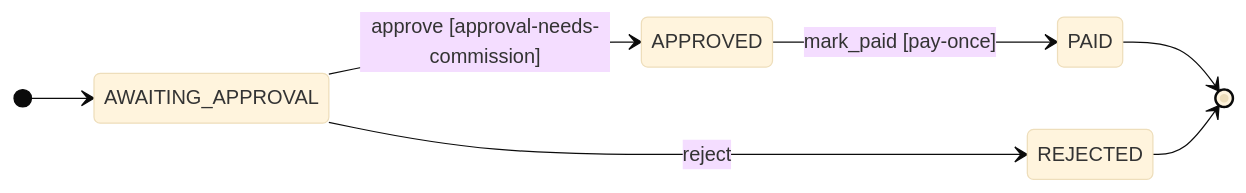
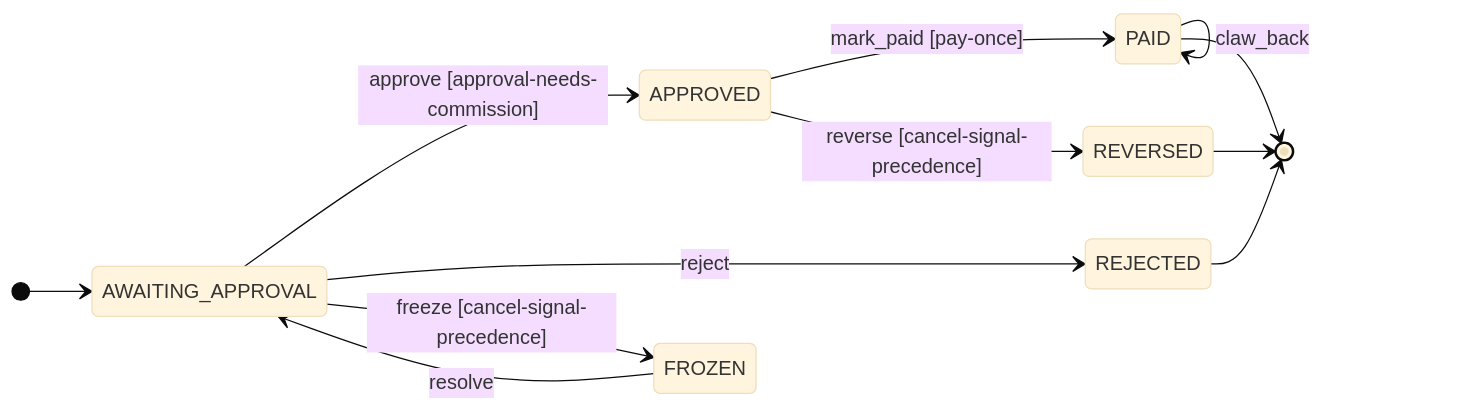
One commit to Duke0503/shopee-aff changed the first of 2 diagrams in docs/domain-viz/contexts/orders.md. Above: the diagram before and after it, drawn with Mermaid (base theme). The commit also changed other lines of this file and 119 other files, not shown here.

First line of the commit message:
docs(design): UX spines, design skills, status flows and deals removal

````diff
--- a/docs/domain-viz/contexts/orders.md
+++ b/docs/domain-viz/contexts/orders.md
@@ -123,10 +123,15 @@
 ```mermaid
 stateDiagram-v2
     direction LR
     [*] --> AWAITING_APPROVAL
     AWAITING_APPROVAL --> APPROVED: approve [approval-needs-commission]
     AWAITING_APPROVAL --> REJECTED: reject
     APPROVED --> PAID: mark_paid [pay-once]
+    AWAITING_APPROVAL --> FROZEN: freeze [cancel-signal-precedence]
+    FROZEN --> AWAITING_APPROVAL: resolve
+    APPROVED --> REVERSED: reverse [cancel-signal-precedence]
+    PAID --> PAID: claw_back
+    REVERSED --> [*]
     PAID --> [*]
     REJECTED --> [*]
 ```
````
